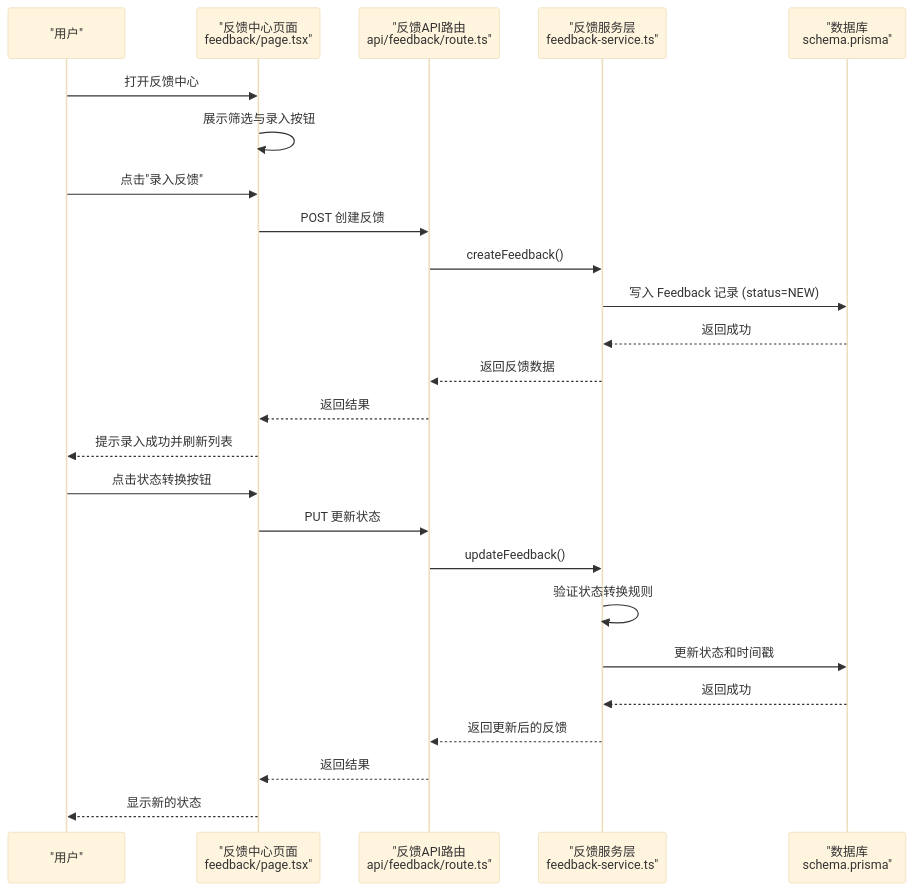
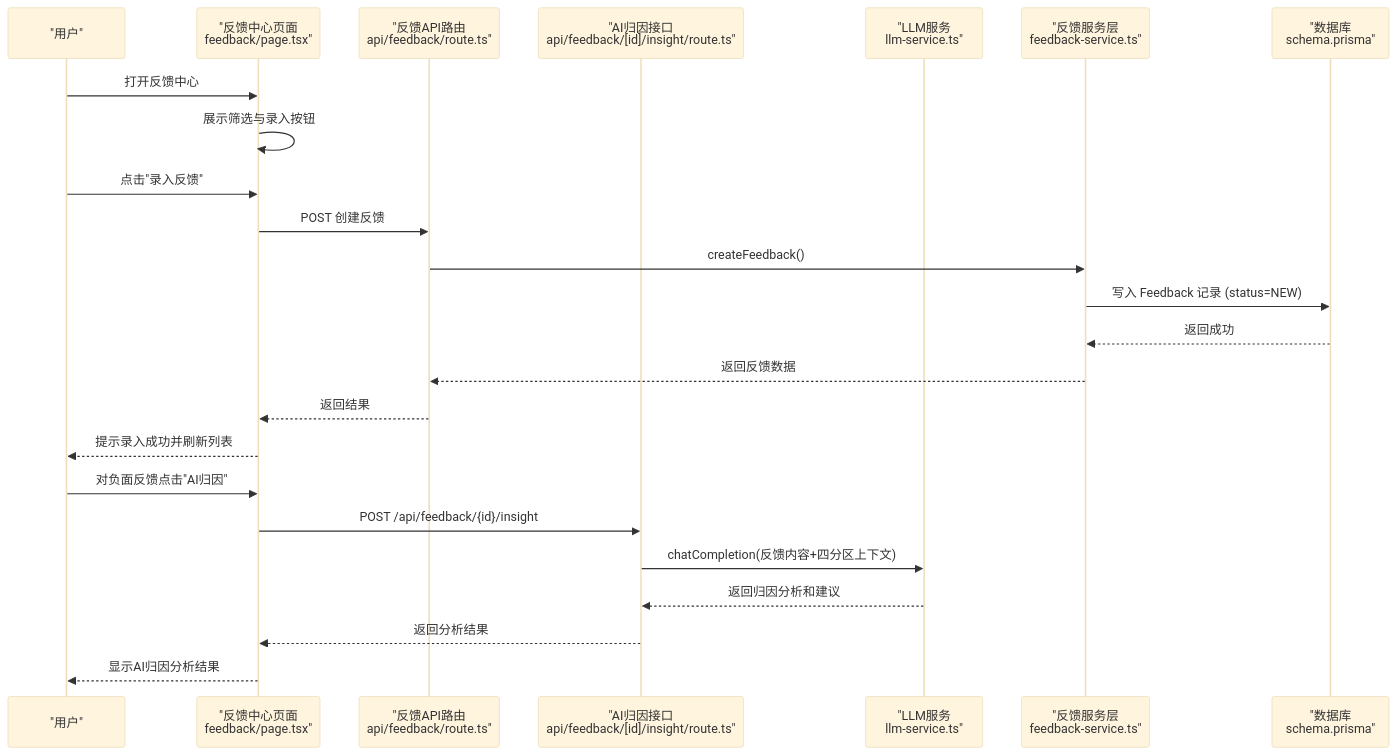
The second of 7 diagrams in .qoder/repowiki/zh/content/功能模块/反馈中心.md (ai-guru-global/agent-up), drawn with Mermaid (base theme) before and after one commit. The commit also changed other lines of this file and 32 other files, not shown here.

````diff
--- a/.qoder/repowiki/zh/content/功能模块/反馈中心.md
+++ b/.qoder/repowiki/zh/content/功能模块/反馈中心.md
@@ -109,27 +123,26 @@
 ```mermaid
 sequenceDiagram
 participant U as "用户"
 participant FE as "反馈中心页面<br/>feedback/page.tsx"
 participant API as "反馈API路由<br/>api/feedback/route.ts"
+participant AI as "AI归因接口<br/>api/feedback/[id]/insight/route.ts"
+participant LLM as "LLM服务<br/>llm-service.ts"
 participant SVC as "反馈服务层<br/>feedback-service.ts"
 participant DB as "数据库<br/>schema.prisma"
 U->>FE : 打开反馈中心
 FE->>FE : 展示筛选与录入按钮
 U->>FE : 点击"录入反馈"
 FE->>API : POST 创建反馈
 API->>SVC : createFeedback()
 SVC->>DB : 写入 Feedback 记录 (status=NEW)
 DB-->>SVC : 返回成功
 SVC-->>API : 返回反馈数据
 API-->>FE : 返回结果
 FE-->>U : 提示录入成功并刷新列表
-U->>FE : 点击状态转换按钮
-FE->>API : PUT 更新状态
-API->>SVC : updateFeedback()
-SVC->>SVC : 验证状态转换规则
-SVC->>DB : 更新状态和时间戳
-DB-->>SVC : 返回成功
-SVC-->>API : 返回更新后的反馈
-API-->>FE : 返回结果
-FE-->>U : 显示新的状态
+U->>FE : 对负面反馈点击"AI归因"
+FE->>AI : POST /api/feedback/{id}/insight
+AI->>LLM : chatCompletion(反馈内容+四分区上下文)
+LLM-->>AI : 返回归因分析和建议
+AI-->>FE : 返回分析结果
+FE-->>U : 显示AI归因分析结果
 ```
````
